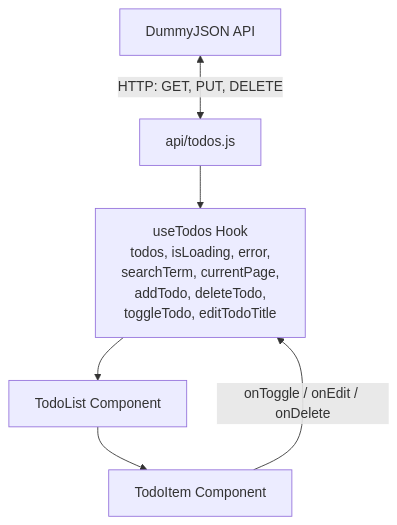
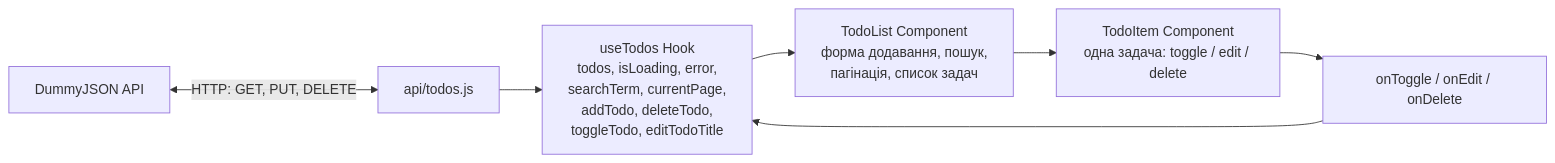
Before and after one commit to AlinaSalovyk/Todo: the second of 2 diagrams in lab4/README.md, drawn with Mermaid. The commit also changed other lines of this file, not shown here.

Commit message:
README.md

````diff
--- a/lab4/README.md
+++ b/lab4/README.md
@@ -90,17 +90,18 @@
 ```mermaid
-flowchart TB
-    DummyJSON[DummyJSON API]
-    TodosAPI[api/todos.js]
+flowchart LR
+    DummyJSON["DummyJSON API"]
+    TodosAPI["api/todos.js"]
+    Hook["useTodos Hook<br/>todos, isLoading, error,<br/>searchTerm, currentPage,<br/>addTodo, deleteTodo,<br/>toggleTodo, editTodoTitle"]
+    List["TodoList Component<br/>форма додавання, пошук,<br/>пагінація, список задач"]
+    Item["TodoItem Component<br/>одна задача: toggle / edit / delete"]
+    Events["onToggle / onEdit / onDelete"]
 
-    useTodos[useTodos Hook<br/>todos, isLoading, error,<br/>searchTerm, currentPage,<br/>addTodo, deleteTodo,<br/>toggleTodo, editTodoTitle]
+    DummyJSON <-->|"HTTP: GET, PUT, DELETE"| TodosAPI
+    TodosAPI --> Hook
+    Hook --> List
+    List --> Item
+    Item --> Events
+    Events --> Hook
 
-    TodoList[TodoList Component]
-    TodoItem[TodoItem Component]
-
-    DummyJSON <-->|HTTP: GET, PUT, DELETE| TodosAPI
-    TodosAPI --> useTodos
-    useTodos --> TodoList
-    TodoList --> TodoItem
-    TodoItem -->|onToggle / onEdit / onDelete| useTodos
 
 ```
````
